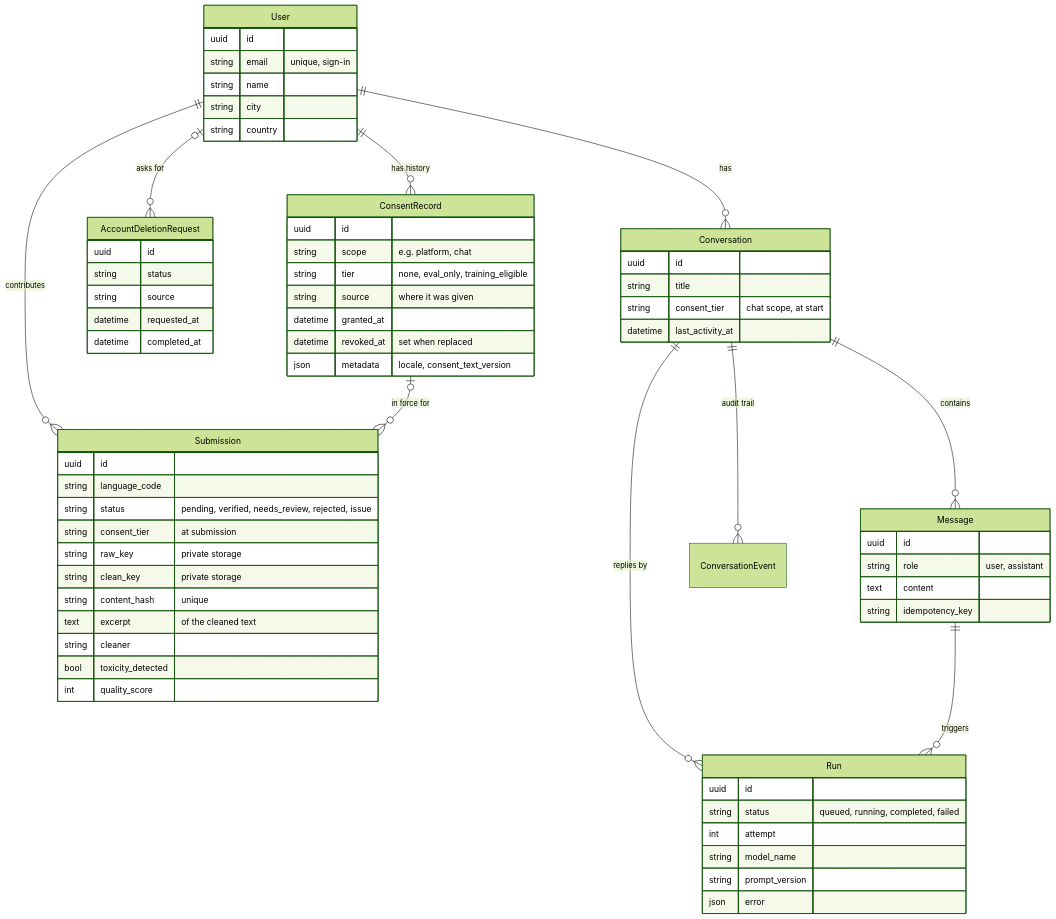
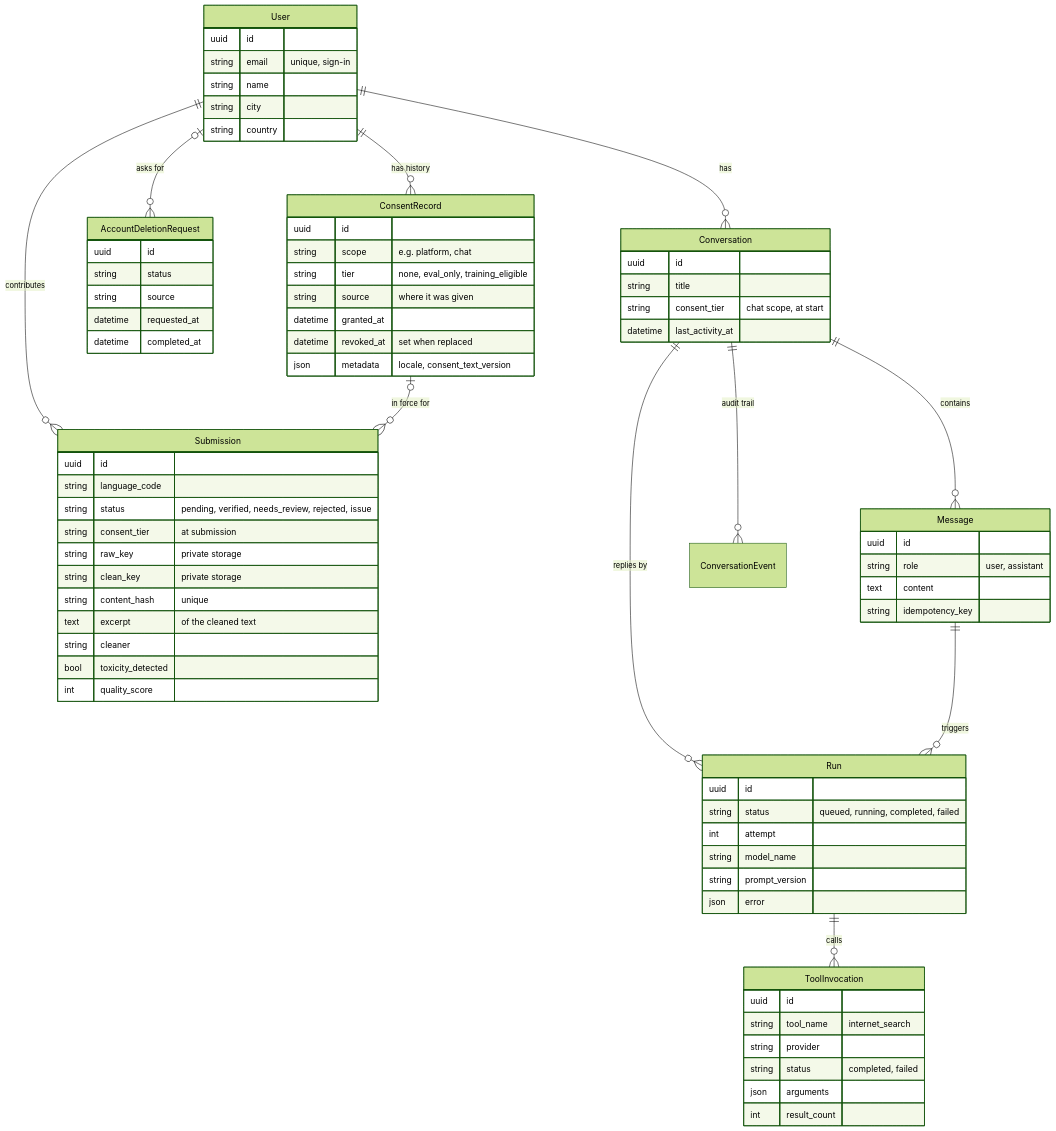
One commit to Bahasa-Ibu/baibu-community changed the second of 2 diagrams in docs/developer/architecture.md. Above: the diagram before and after it, drawn with Mermaid (forest theme). The commit also changed 14 other files, not shown here.

````diff
--- a/docs/developer/architecture.md
+++ b/docs/developer/architecture.md
@@ -50,68 +50,77 @@
 ```mermaid
 erDiagram
     User ||--o{ ConsentRecord : "has history"
     User |o--o{ AccountDeletionRequest : "asks for"
     User ||--o{ Submission : contributes
     ConsentRecord |o--o{ Submission : "in force for"
     User {
         uuid id
         string email "unique, sign-in"
         string name
         string city
         string country
     }
     ConsentRecord {
         uuid id
         string scope "e.g. platform, chat"
         string tier "none, eval_only, training_eligible"
         string source "where it was given"
         datetime granted_at
         datetime revoked_at "set when replaced"
         json metadata "locale, consent_text_version"
     }
     Submission {
         uuid id
         string language_code
         string status "pending, verified, needs_review, rejected, issue"
         string consent_tier "at submission"
         string raw_key "private storage"
         string clean_key "private storage"
         string content_hash "unique"
         text excerpt "of the cleaned text"
         string cleaner
         bool toxicity_detected
         int quality_score
     }
     User ||--o{ Conversation : has
     Conversation ||--o{ Message : contains
     Conversation ||--o{ Run : "replies by"
     Message ||--o{ Run : triggers
     Conversation ||--o{ ConversationEvent : "audit trail"
+    Run ||--o{ ToolInvocation : calls
     Conversation {
         uuid id
         string title
         string consent_tier "chat scope, at start"
         datetime last_activity_at
     }
     Message {
         uuid id
         string role "user, assistant"
         text content
         string idempotency_key
     }
     Run {
         uuid id
         string status "queued, running, completed, failed"
         int attempt
         string model_name
         string prompt_version
         json error
     }
+    ToolInvocation {
+        uuid id
+        string tool_name "internet_search"
+        string provider
+        string status "completed, failed"
+        json arguments
+        int result_count
+    }
     AccountDeletionRequest {
         uuid id
         string status
         string source
         datetime requested_at
         datetime completed_at
     }
 ```
````
